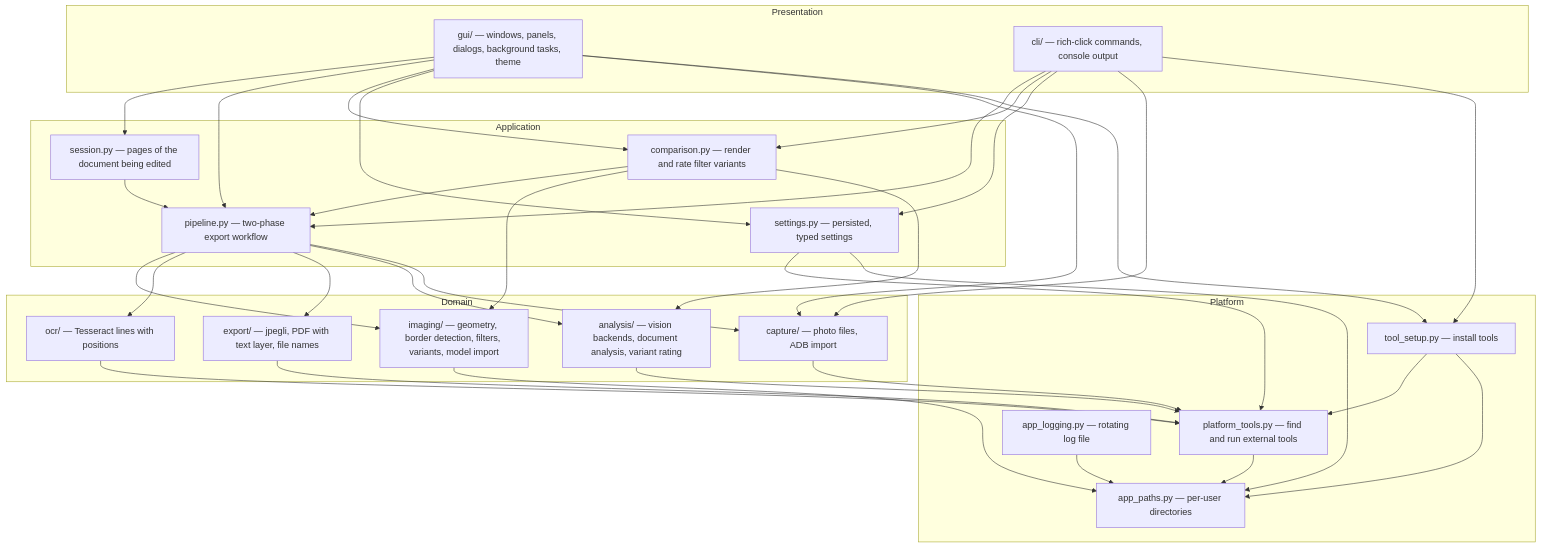
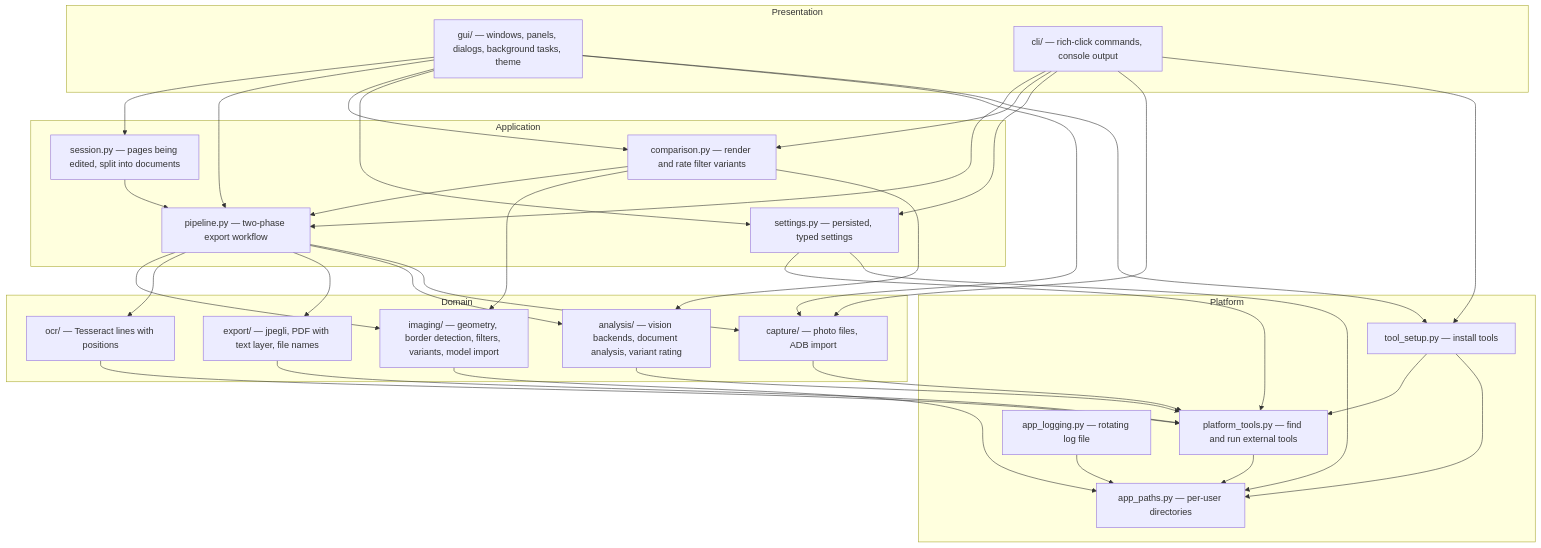
Before and after one commit to bjspi/PaperScan: the diagram in docs/ARCHITECTURE.md, drawn with Mermaid. The commit also changed other lines of this file and 12 other files, not shown here.

````diff
--- a/docs/ARCHITECTURE.md
+++ b/docs/ARCHITECTURE.md
@@ -8,34 +8,34 @@
 ```mermaid
 flowchart TB
   subgraph Presentation
     GUI["gui/ — windows, panels, dialogs, background tasks, theme"]
     CLI["cli/ — rich-click commands, console output"]
   end
   subgraph Application
     PIPE["pipeline.py — two-phase export workflow"]
-    SES["session.py — pages of the document being edited"]
+    SES["session.py — pages being edited, split into documents"]
     CMP["comparison.py — render and rate filter variants"]
     SET["settings.py — persisted, typed settings"]
   end
   subgraph Domain
     IMG["imaging/ — geometry, border detection, filters, variants, model import"]
     OCR["ocr/ — Tesseract lines with positions"]
     EXP["export/ — jpegli, PDF with text layer, file names"]
     AI["analysis/ — vision backends, document analysis, variant rating"]
     CAP["capture/ — photo files, ADB import"]
   end
   subgraph Platform
     PT["platform_tools.py — find and run external tools"]
     TS["tool_setup.py — install tools"]
     AP["app_paths.py — per-user directories"]
     LG["app_logging.py — rotating log file"]
   end
   GUI --> SES & PIPE & CMP & SET & CAP & TS
   CLI --> PIPE & CMP & SET & CAP & TS
   SES --> PIPE
   CMP --> PIPE & IMG & AI
   PIPE --> IMG & OCR & EXP & AI & CAP
   OCR & EXP & AI & CAP --> PT
   TS & SET --> PT
   SET & PT & TS & LG & IMG --> AP
 ```
````
